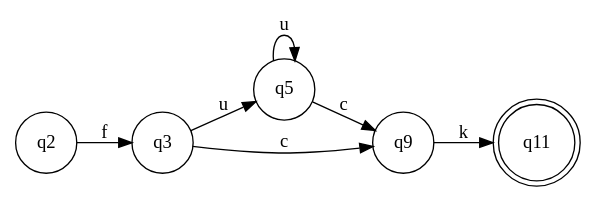
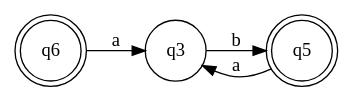
Before and after one commit to KevOub/automata-project: the diagram in test2.png.gv, drawn with Graphviz. The commit also changed 10 other files, not shown here.

```diff
--- a/test2.png.gv
+++ b/test2.png.gv
@@ -1,14 +1,9 @@
 digraph "test2.png" {
 	graph [rankdir=LR]
-	q2 [label=q2 shape=circle]
 	q3 [label=q3 shape=circle]
-	q5 [label=q5 shape=circle]
-	q9 [label=q9 shape=circle]
-	q11 [label=q11 shape=doublecircle]
-	q2 -> q3 [label=f]
-	q3 -> q5 [label=u]
-	q3 -> q9 [label=c]
-	q5 -> q5 [label=u]
-	q5 -> q9 [label=c]
-	q9 -> q11 [label=k]
+	q5 [label=q5 shape=doublecircle]
+	q6 [label=q6 shape=doublecircle]
+	q3 -> q5 [label=b]
+	q5 -> q3 [label=a]
+	q6 -> q3 [label=a]
 }
```
